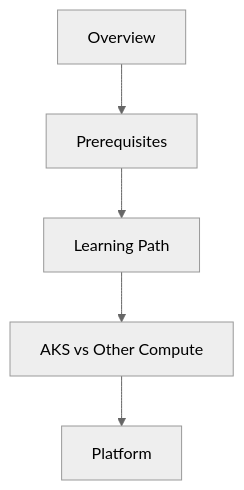
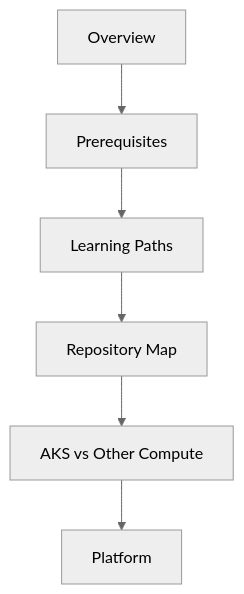
The diagram in docs/start-here/index.md (yeongseon/azure-kubernetes-service-practical-guide), drawn with Mermaid (neutral theme) before and after one commit. The commit also changed other lines of this file and 7 other files, not shown here.

````diff
--- a/docs/start-here/index.md
+++ b/docs/start-here/index.md
@@ -21,7 +21,8 @@
 ```mermaid
 flowchart TD
     A[Overview] --> B[Prerequisites]
-    B --> C[Learning Path]
-    C --> D[AKS vs Other Compute]
-    D --> E[Platform]
+    B --> C[Learning Paths]
+    C --> D[Repository Map]
+    D --> E[AKS vs Other Compute]
+    E --> F[Platform]
 ```
````
